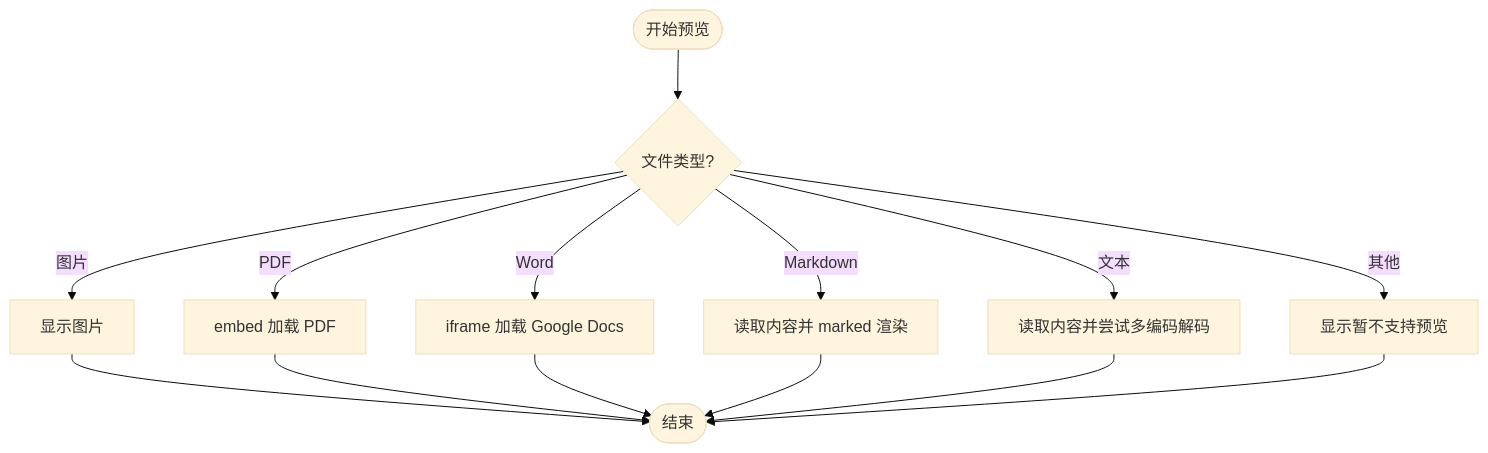
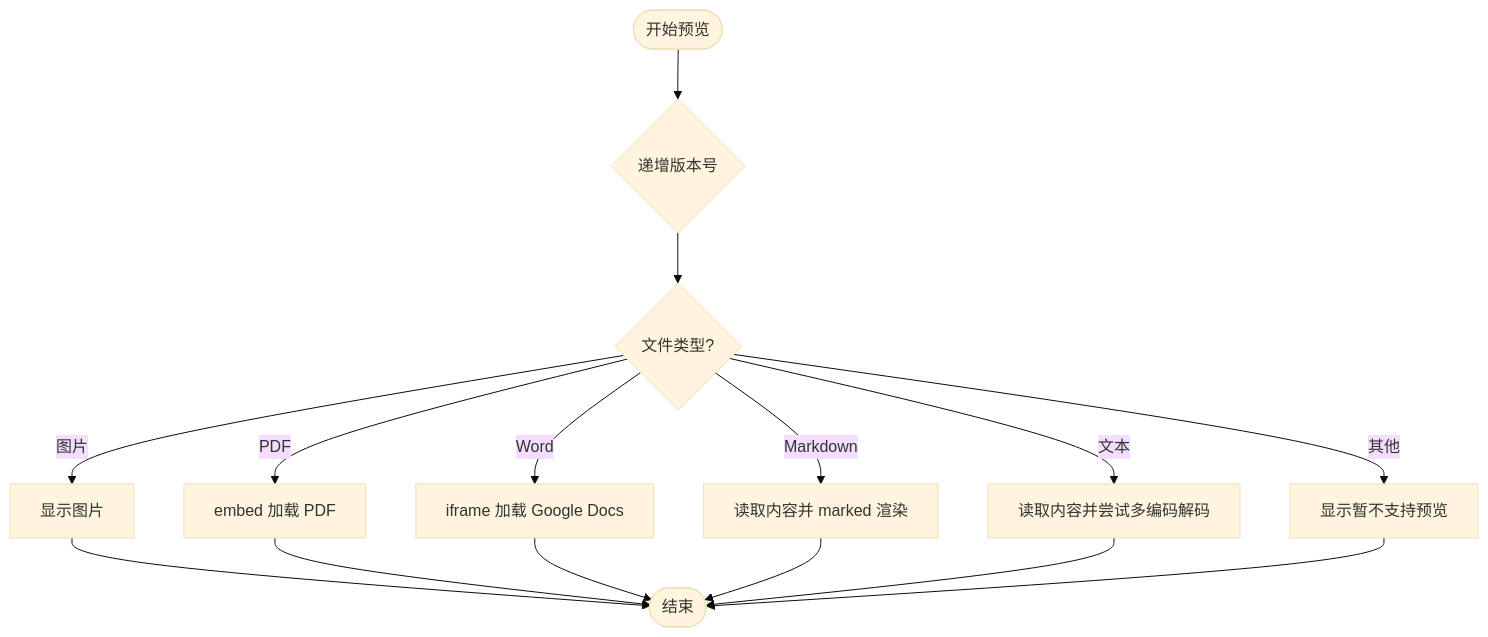
The third of 5 diagrams in .qoder/repowiki/zh/content/前端架构/组件设计/文件上传组件/文件上传组件.md (junkai-li/NetCoreKevin), drawn with Mermaid (base theme) before and after one commit. The commit also changed other lines of this file and 42 other files, not shown here.

````diff
--- a/.qoder/repowiki/zh/content/前端架构/组件设计/文件上传组件/文件上传组件.md
+++ b/.qoder/repowiki/zh/content/前端架构/组件设计/文件上传组件/文件上传组件.md
@@ -142,16 +154,17 @@
 ```mermaid
 flowchart TD
-Start(["开始预览"]) --> Type{"文件类型?"}
+Start(["开始预览"]) --> Version{"递增版本号"}
+Version --> Type{"文件类型?"}
 Type --> |图片| ShowImg["显示图片"]
 Type --> |PDF| ShowPdf["embed 加载 PDF"]
 Type --> |Word| ShowWord["iframe 加载 Google Docs"]
 Type --> |Markdown| LoadMd["读取内容并 marked 渲染"]
 Type --> |文本| LoadTxt["读取内容并尝试多编码解码"]
 Type --> |其他| NotSupport["显示暂不支持预览"]
 ShowImg --> End(["结束"])
 ShowPdf --> End
 ShowWord --> End
 LoadMd --> End
 LoadTxt --> End
 NotSupport --> End
 ```
````
